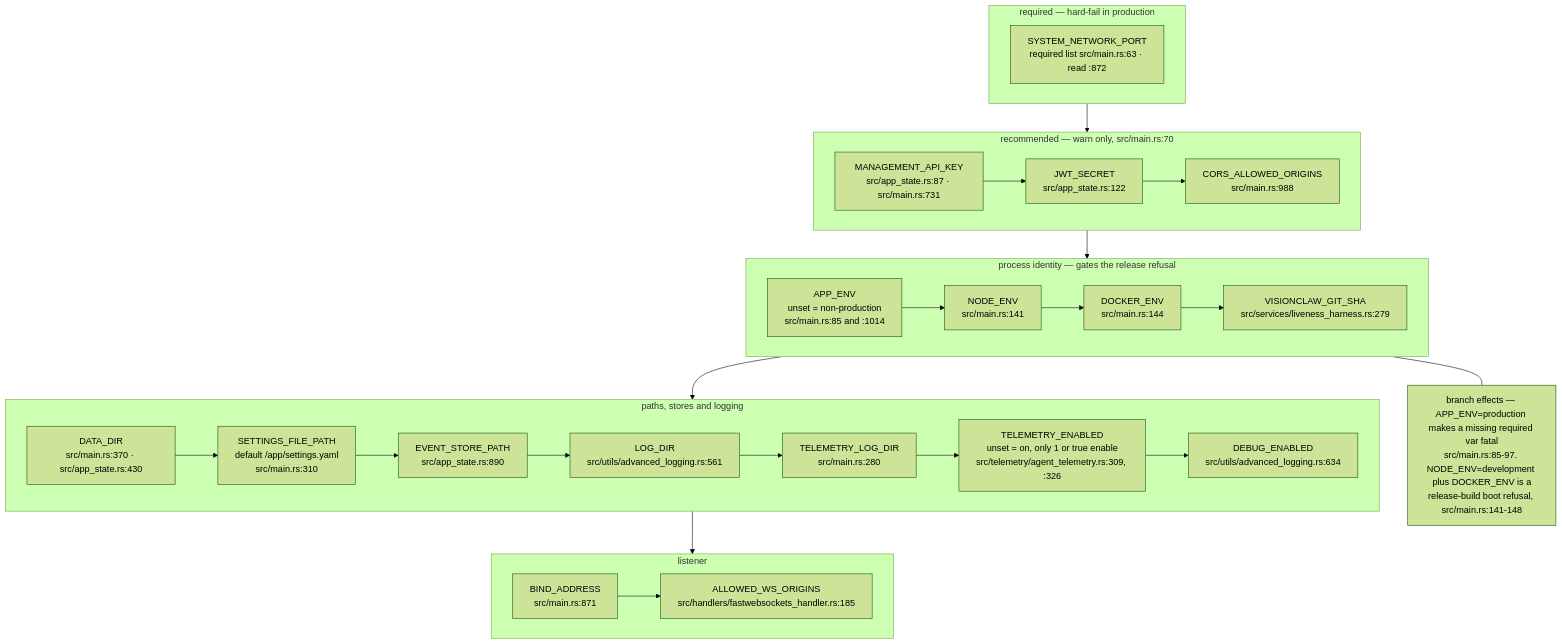
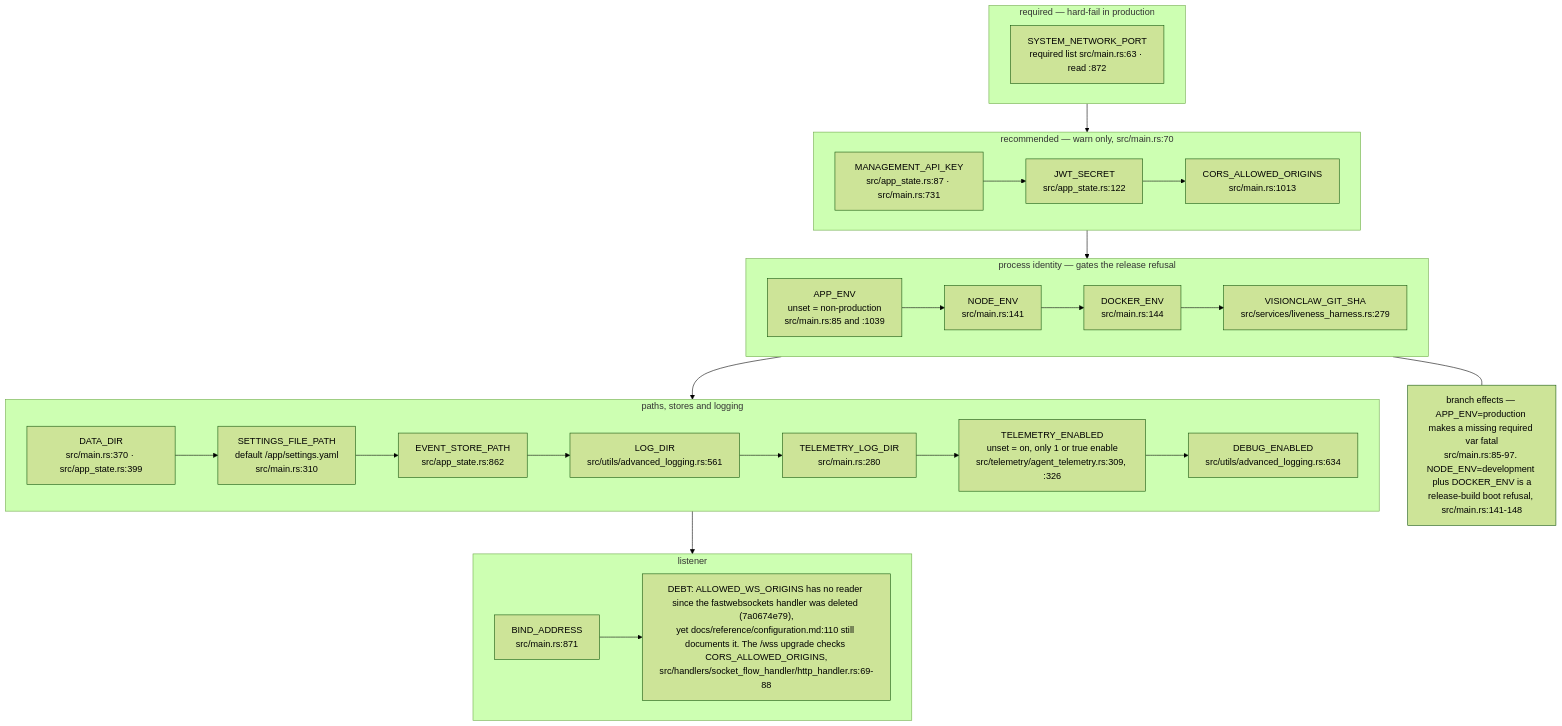
The eighth of 16 diagrams in docs/diagrams/visionclaw/09-config-and-env-flags.md (DreamLab-AI/VisionFlow), drawn with Mermaid (forest theme) before and after one commit. The commit also changed other lines of this file and 46 other files, not shown here.

Commit message:
docs(diagrams): re-verify VisionClaw topics at 809a859aa/a950f4d80 after the consolidation pass

````diff
--- a/docs/diagrams/visionclaw/09-config-and-env-flags.md
+++ b/docs/diagrams/visionclaw/09-config-and-env-flags.md
@@ -403,21 +403,21 @@
 ```mermaid
 flowchart TB
     subgraph REQ["required — hard-fail in production"]
         E1["SYSTEM_NETWORK_PORT<br/>required list src/main.rs:63 · read :872"]
     end
     subgraph RECO["recommended — warn only, src/main.rs:70"]
-        E2["MANAGEMENT_API_KEY<br/>src/app_state.rs:87 · src/main.rs:731"] --> E3["JWT_SECRET<br/>src/app_state.rs:122"] --> E4["CORS_ALLOWED_ORIGINS<br/>src/main.rs:988"]
+        E2["MANAGEMENT_API_KEY<br/>src/app_state.rs:87 · src/main.rs:731"] --> E3["JWT_SECRET<br/>src/app_state.rs:122"] --> E4["CORS_ALLOWED_ORIGINS<br/>src/main.rs:1013"]
     end
     subgraph IDENT["process identity — gates the release refusal"]
-        E5["APP_ENV<br/>unset = non-production<br/>src/main.rs:85 and :1014"] --> E6["NODE_ENV<br/>src/main.rs:141"] --> E7["DOCKER_ENV<br/>src/main.rs:144"] --> E8["VISIONCLAW_GIT_SHA<br/>src/services/liveness_harness.rs:279"]
+        E5["APP_ENV<br/>unset = non-production<br/>src/main.rs:85 and :1039"] --> E6["NODE_ENV<br/>src/main.rs:141"] --> E7["DOCKER_ENV<br/>src/main.rs:144"] --> E8["VISIONCLAW_GIT_SHA<br/>src/services/liveness_harness.rs:279"]
     end
     subgraph PATHS["paths, stores and logging"]
-        E9["DATA_DIR<br/>src/main.rs:370 · src/app_state.rs:430"] --> E10["SETTINGS_FILE_PATH<br/>default /app/settings.yaml<br/>src/main.rs:310"] --> E11["EVENT_STORE_PATH<br/>src/app_state.rs:890"] --> E12["LOG_DIR<br/>src/utils/advanced_logging.rs:561"] --> E13["TELEMETRY_LOG_DIR<br/>src/main.rs:280"] --> E13b["TELEMETRY_ENABLED<br/>unset = on, only 1 or true enable<br/>src/telemetry/agent_telemetry.rs:309, :326"] --> E14["DEBUG_ENABLED<br/>src/utils/advanced_logging.rs:634"]
+        E9["DATA_DIR<br/>src/main.rs:370 · src/app_state.rs:399"] --> E10["SETTINGS_FILE_PATH<br/>default /app/settings.yaml<br/>src/main.rs:310"] --> E11["EVENT_STORE_PATH<br/>src/app_state.rs:862"] --> E12["LOG_DIR<br/>src/utils/advanced_logging.rs:561"] --> E13["TELEMETRY_LOG_DIR<br/>src/main.rs:280"] --> E13b["TELEMETRY_ENABLED<br/>unset = on, only 1 or true enable<br/>src/telemetry/agent_telemetry.rs:309, :326"] --> E14["DEBUG_ENABLED<br/>src/utils/advanced_logging.rs:634"]
     end
     subgraph BIND["listener"]
-        E15["BIND_ADDRESS<br/>src/main.rs:871"] --> E16["ALLOWED_WS_ORIGINS<br/>src/handlers/fastwebsockets_handler.rs:185"]
+        E15["BIND_ADDRESS<br/>src/main.rs:871"] --> E16["DEBT: ALLOWED_WS_ORIGINS has no reader since the fastwebsockets handler was deleted (7a0674e79),<br/>yet docs/reference/configuration.md:110 still documents it. The /wss upgrade checks CORS_ALLOWED_ORIGINS,<br/>src/handlers/socket_flow_handler/http_handler.rs:69-88"]
     end
     REQ --> RECO --> IDENT --> PATHS --> BIND
     N["branch effects — APP_ENV=production makes a missing required var fatal<br/>src/main.rs:85-97. NODE_ENV=development plus DOCKER_ENV is a<br/>release-build boot refusal, src/main.rs:141-148"]
     IDENT --- N
 ```
````
